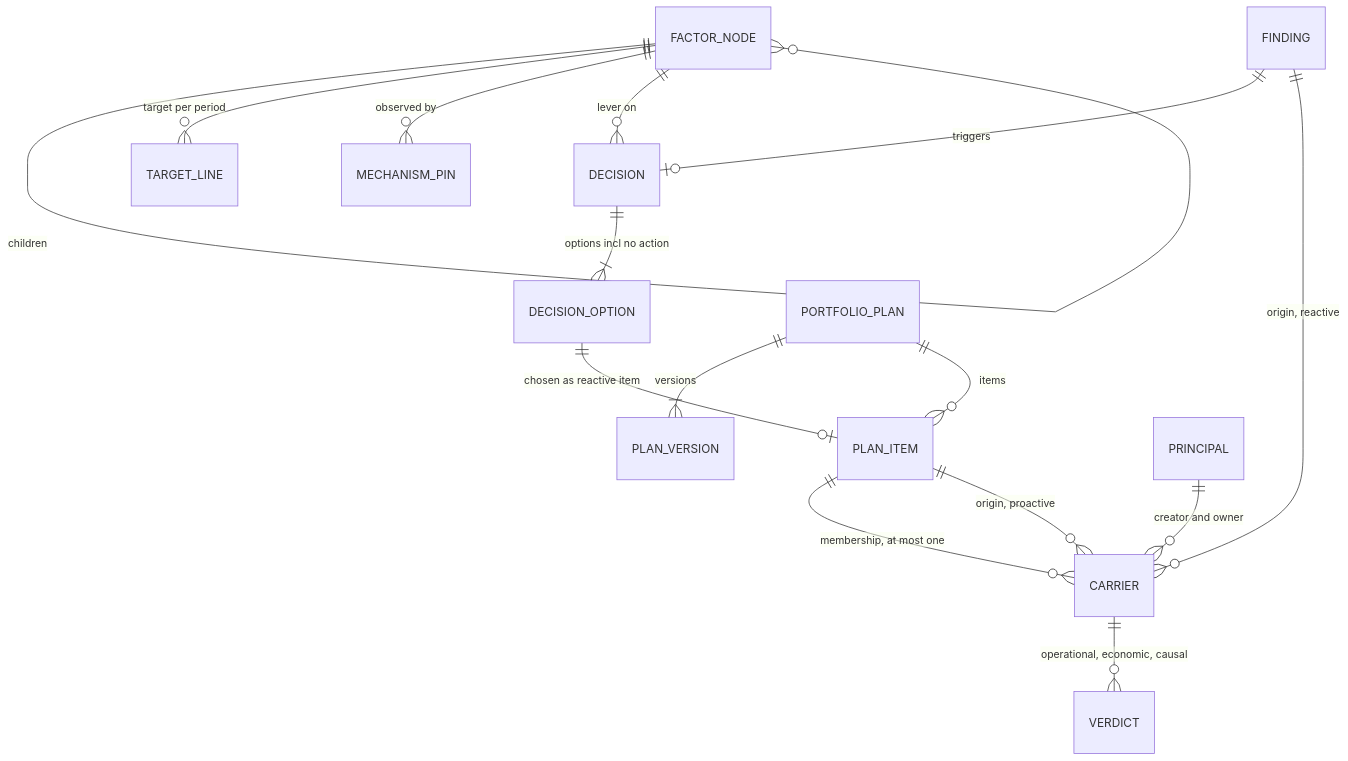
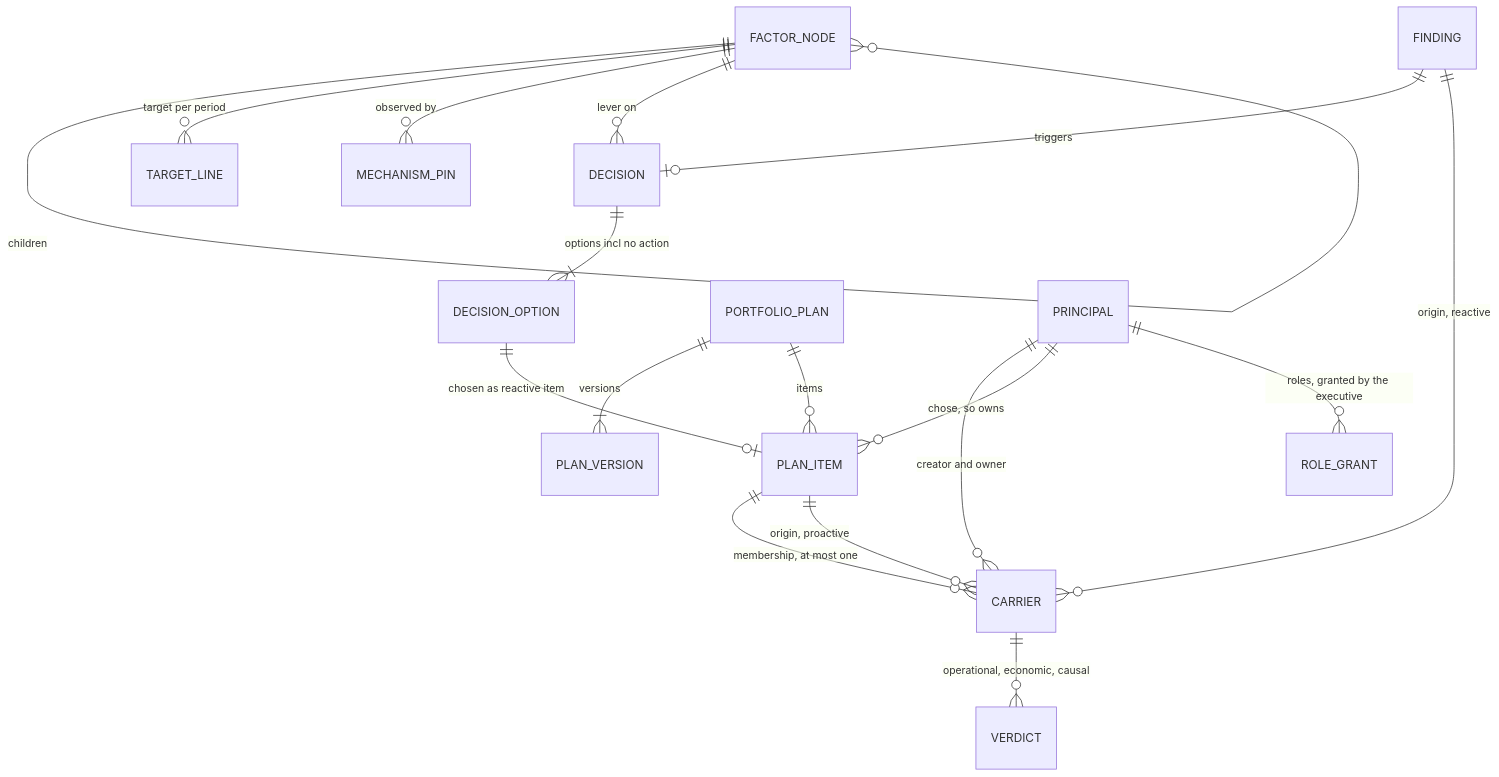
The first of 2 diagrams in Docs/demo-sprint/product-direction-layer4/decision-loop-specification.md (bineyame/AssetOpsV1), drawn with Mermaid before and after one commit. The commit also changed other lines of this file and 3 other files, not shown here.

````diff
--- a/Docs/demo-sprint/product-direction-layer4/decision-loop-specification.md
+++ b/Docs/demo-sprint/product-direction-layer4/decision-loop-specification.md
@@ -40,17 +40,19 @@
 ```mermaid
 erDiagram
   FACTOR_NODE ||--o{ FACTOR_NODE : "children"
   FACTOR_NODE ||--o{ TARGET_LINE : "target per period"
   FACTOR_NODE ||--o{ MECHANISM_PIN : "observed by"
   FINDING ||--o| DECISION : "triggers"
   FACTOR_NODE ||--o{ DECISION : "lever on"
   DECISION ||--|{ DECISION_OPTION : "options incl no action"
   PORTFOLIO_PLAN ||--|{ PLAN_VERSION : "versions"
   PORTFOLIO_PLAN ||--o{ PLAN_ITEM : "items"
   DECISION_OPTION ||--o| PLAN_ITEM : "chosen as reactive item"
   PLAN_ITEM ||--o{ CARRIER : "membership, at most one"
   FINDING ||--o{ CARRIER : "origin, reactive"
   PLAN_ITEM ||--o{ CARRIER : "origin, proactive"
   CARRIER ||--o{ VERDICT : "operational, economic, causal"
   PRINCIPAL ||--o{ CARRIER : "creator and owner"
+  PRINCIPAL ||--o{ PLAN_ITEM : "chose, so owns"
+  PRINCIPAL ||--o{ ROLE_GRANT : "roles, granted by the executive"
 ```
````
